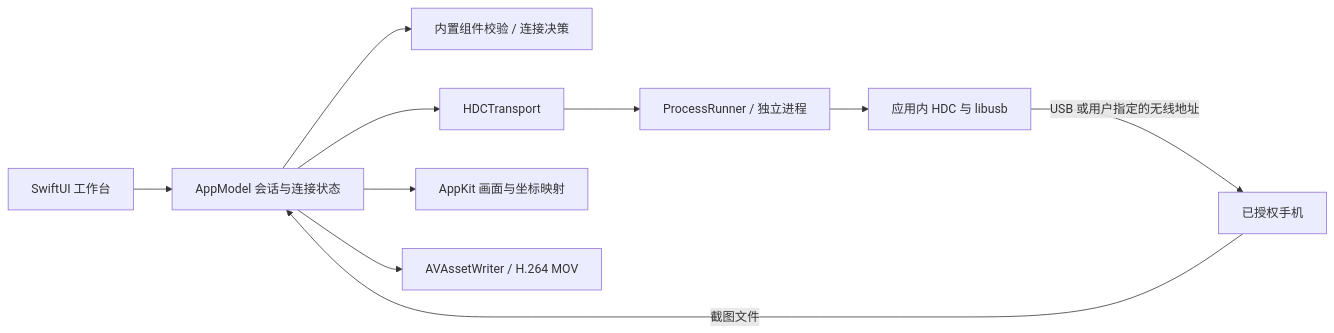
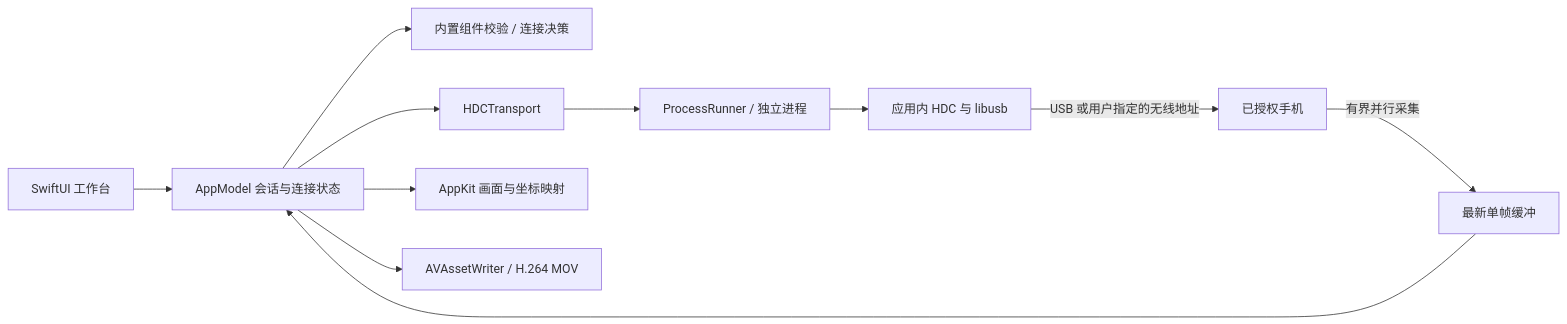
One commit to each667094/hongqiao changed the diagram in outputs/原理与架构分析.md. Above: the diagram before and after it, drawn with Mermaid. The commit also changed other lines of this file and 25 other files, not shown here.

````diff
--- a/outputs/原理与架构分析.md
+++ b/outputs/原理与架构分析.md
@@ -9,12 +9,13 @@
 ```mermaid
 flowchart LR
     UI[SwiftUI 工作台] --> Model[AppModel 会话与连接状态]
     Model --> Setup[内置组件校验 / 连接决策]
     Model --> Transport[HDCTransport]
     Transport --> Runner[ProcessRunner / 独立进程]
     Runner --> HDC[应用内 HDC 与 libusb]
     HDC -->|USB 或用户指定的无线地址| Phone[已授权手机]
-    Phone -->|截图文件| Model
+    Phone -->|有界并行采集| Buffer[最新单帧缓冲]
+    Buffer --> Model
     Model --> Screen[AppKit 画面与坐标映射]
     Model --> Recording[AVAssetWriter / H.264 MOV]
 ```
````
